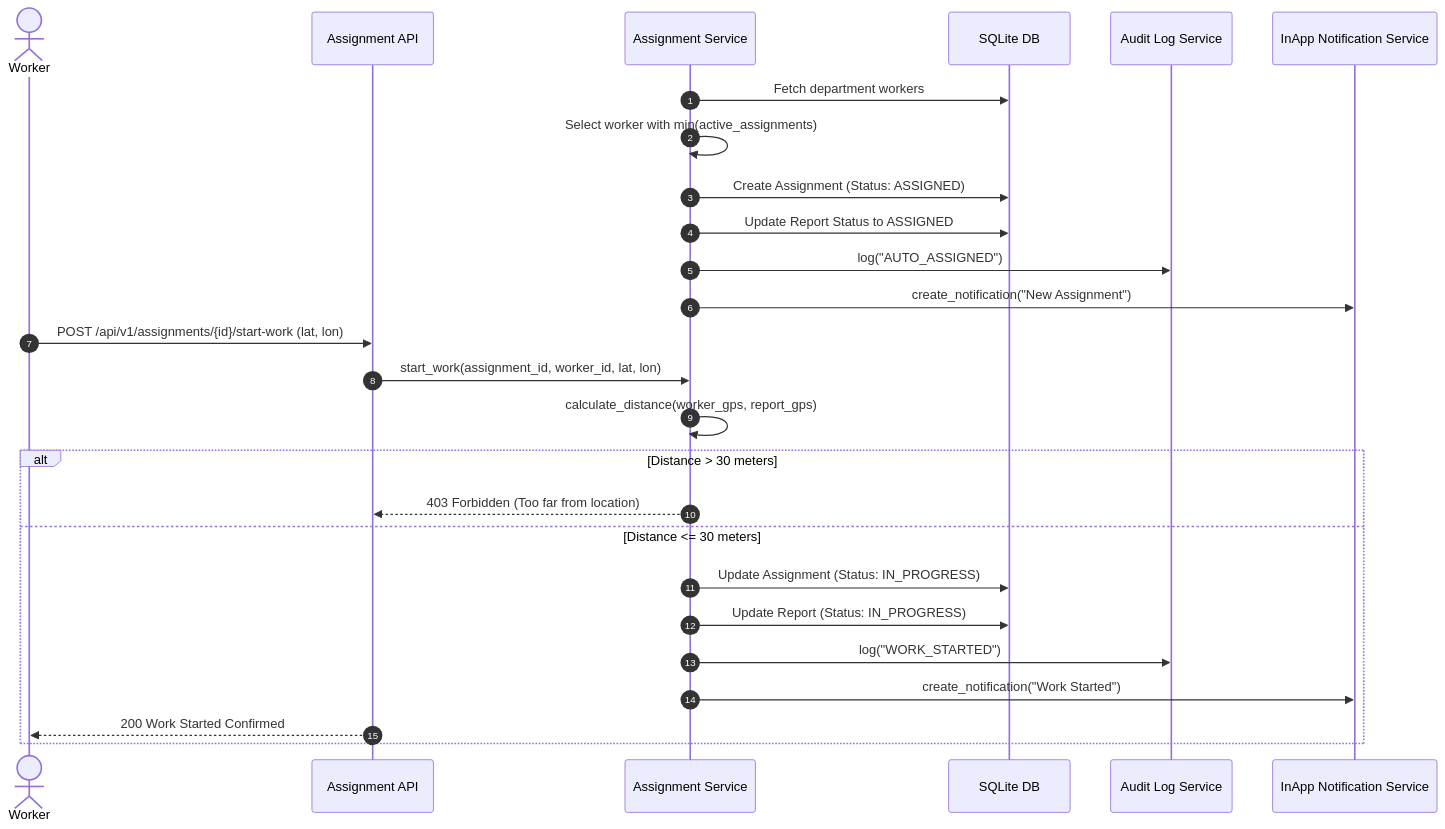
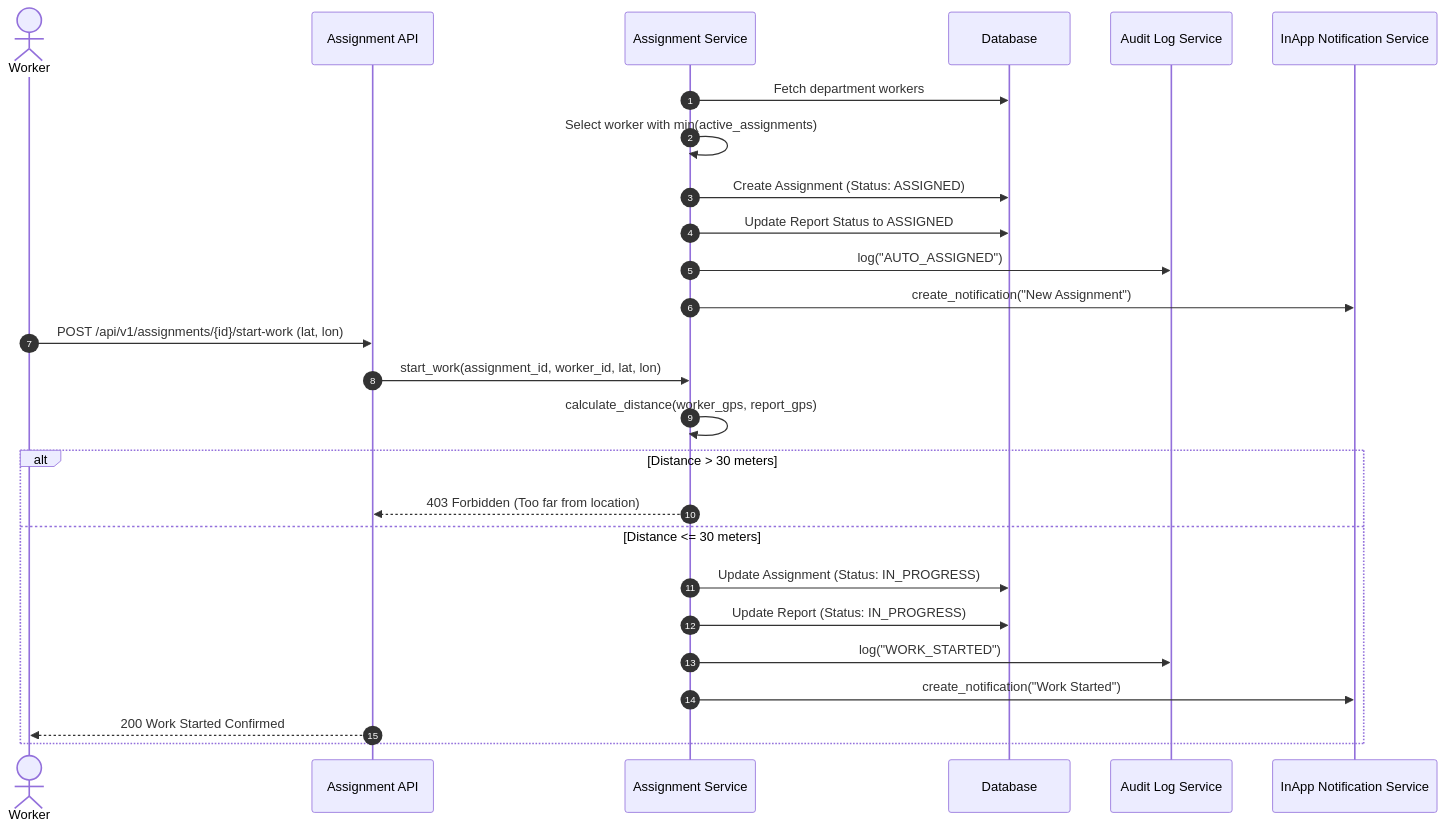
The ninth of 18 diagrams in docs/ARCHITECTURE.md (AbhishekVishwakarma2027/CSCRS), drawn with Mermaid before and after one commit. The commit also changed other lines of this file and 5 other files, not shown here.

````diff
--- a/docs/ARCHITECTURE.md
+++ b/docs/ARCHITECTURE.md
@@ -269,30 +271,30 @@
 ```mermaid
 sequenceDiagram
     autonumber
     actor Worker
     participant AssignAPI as Assignment API
     participant AssignSvc as Assignment Service
-    participant DB as SQLite DB
+    participant DB as Database
     participant Audit as Audit Log Service
     participant Notif as InApp Notification Service
 
     AssignSvc->>DB: Fetch department workers
     AssignSvc->>AssignSvc: Select worker with min(active_assignments)
     AssignSvc->>DB: Create Assignment (Status: ASSIGNED)
     AssignSvc->>DB: Update Report Status to ASSIGNED
     AssignSvc->>Audit: log("AUTO_ASSIGNED")
     AssignSvc->>Notif: create_notification("New Assignment")
 
     Worker->>AssignAPI: POST /api/v1/assignments/{id}/start-work (lat, lon)
     AssignAPI->>AssignSvc: start_work(assignment_id, worker_id, lat, lon)
     AssignSvc->>AssignSvc: calculate_distance(worker_gps, report_gps)
     alt Distance > 30 meters
         AssignSvc-->>AssignAPI: 403 Forbidden (Too far from location)
     else Distance <= 30 meters
         AssignSvc->>DB: Update Assignment (Status: IN_PROGRESS)
         AssignSvc->>DB: Update Report (Status: IN_PROGRESS)
         AssignSvc->>Audit: log("WORK_STARTED")
         AssignSvc->>Notif: create_notification("Work Started")
         AssignAPI-->>Worker: 200 Work Started Confirmed
     end
 ```
````
